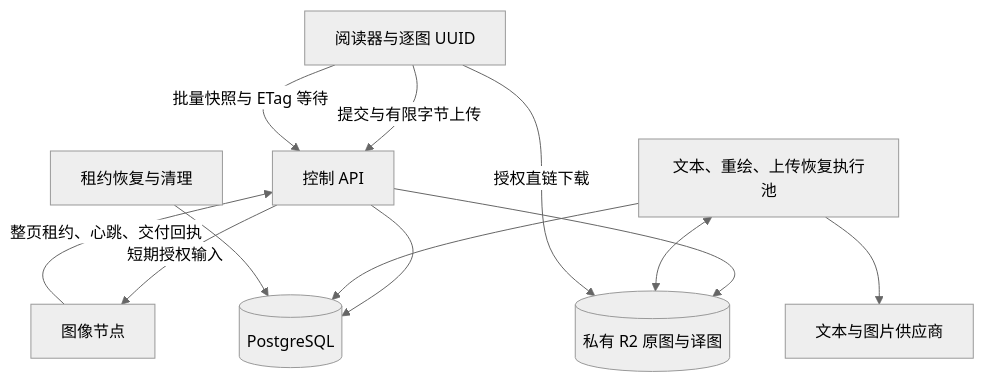
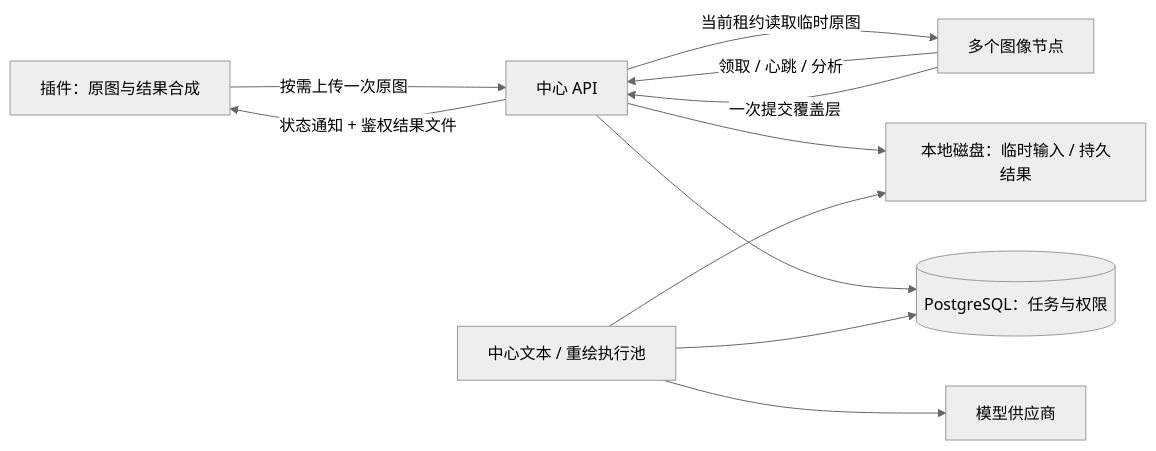
The diagram in docs/TRANSLATION_CLUSTER_DESIGN.md (Wy2926/node-comics), drawn with Mermaid (neutral theme) before and after one commit. The commit also changed other lines of this file and 277 other files, not shown here.

````diff
--- a/docs/TRANSLATION_CLUSTER_DESIGN.md
+++ b/docs/TRANSLATION_CLUSTER_DESIGN.md
@@ -25,14 +18,13 @@
 ```mermaid
-flowchart TB
-  Reader[阅读器与逐图 UUID] -->|提交与有限字节上传| API[控制 API]
-  Reader -->|批量快照与 ETag 等待| API
-  API --> DB[(PostgreSQL)]
-  API --> R2[(私有 R2 原图与译图)]
-  Nodes[图像节点] -->|整页租约、心跳、交付回执| API
-  API -->|短期授权输入| Nodes
-  Control[文本、重绘、上传恢复执行池] --> DB
-  Control <--> R2
-  Control --> Providers[文本与图片供应商]
-  Reader -->|授权直链下载| R2
-  Maintenance[租约恢复与清理] --> DB
+flowchart LR
+    C[插件：原图与结果合成] -->|按需上传一次原图| A[中心 API]
+    A --> D[(PostgreSQL：任务与权限)]
+    A --> F[本地磁盘：临时输入 / 持久结果]
+    N[多个图像节点] -->|领取 / 心跳 / 分析| A
+    A -->|当前租约读取临时原图| N
+    N -->|一次提交覆盖层| A
+    W[中心文本 / 重绘执行池] --> D
+    W --> P[模型供应商]
+    W --> F
+    A -->|状态通知 + 鉴权结果文件| C
 ```
````
